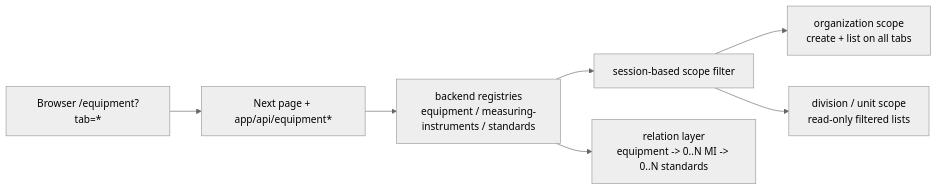
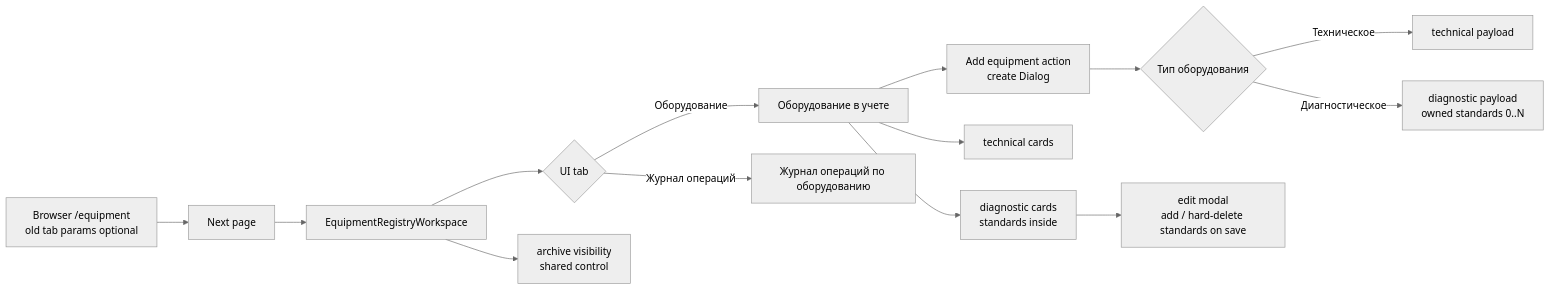
Before and after one commit to vrk-app/vrk: the sixth of 9 diagrams in docs/architecture/frontend-architecture.md, drawn with Mermaid (neutral theme). The commit also changed other lines of this file and 214 other files, not shown here.

First line of the commit message:
feat(app): finalize stage 03 registry runtime

````diff
--- a/docs/architecture/frontend-architecture.md
+++ b/docs/architecture/frontend-architecture.md
@@ -195,9 +204,16 @@
 ```mermaid
 flowchart LR
-    A["Browser /equipment?tab=*"] --> B["Next page + app/api/equipment*"]
-    B --> C["backend registries<br/>equipment / measuring-instruments / standards"]
-    C --> D["session-based scope filter"]
-    D --> E["organization scope<br/>create + list on all tabs"]
-    D --> F["division / unit scope<br/>read-only filtered lists"]
-    C --> G["relation layer<br/>equipment -> 0..N MI -> 0..N standards"]
+    A["Browser /equipment<br/>old tab params optional"] --> B["Next page"]
+    B --> C["EquipmentRegistryWorkspace"]
+    C --> T{"UI tab"}
+    T -->|"Оборудование"| H["Оборудование в учете"]
+    T -->|"Журнал операций"| K["Журнал операций по оборудованию"]
+    H --> D["Add equipment action<br/>create Dialog"]
+    D --> E{"Тип оборудования"}
+    E -->|"Техническое"| F["technical payload"]
+    E -->|"Диагностическое"| G["diagnostic payload<br/>owned standards 0..N"]
+    H --> I["technical cards"]
+    H --> J["diagnostic cards<br/>standards inside"]
+    J --> M["edit modal<br/>add / hard-delete standards on save"]
+    C --> L["archive visibility<br/>shared control"]
 ```
````
